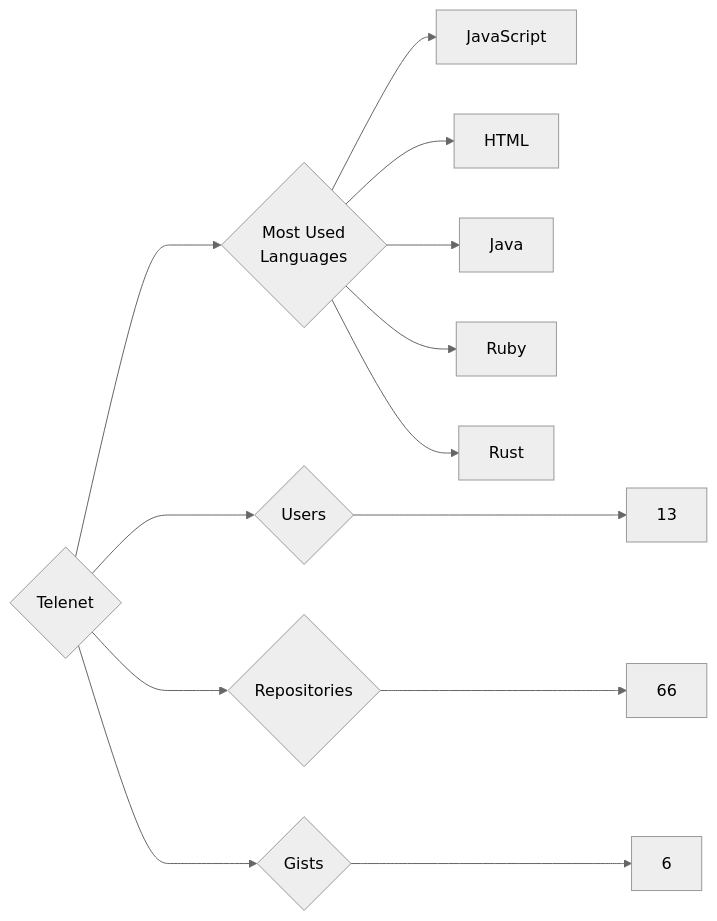
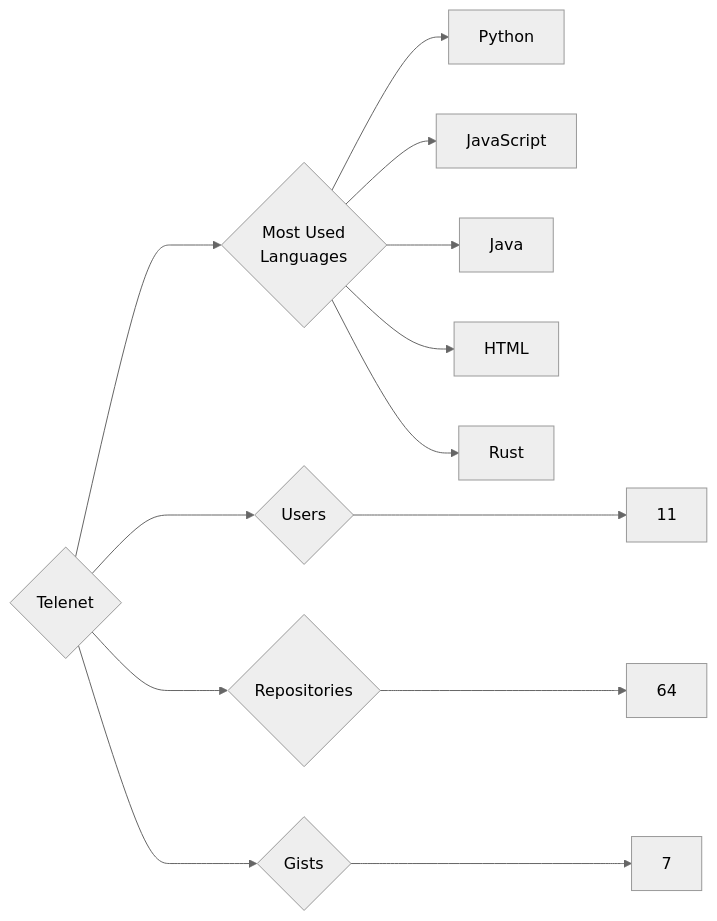
One commit to trickest/insiders changed the diagram in targets/Telenet/README.md. Above: the diagram before and after it, drawn with Mermaid (neutral theme). The commit also changed 939 other files, not shown here.

````diff
--- a/targets/Telenet/README.md
+++ b/targets/Telenet/README.md
@@ -3,13 +3,13 @@
 ```mermaid
 graph LR
 COMPANY_NAME{Telenet}
-COMPANY_NAME ---> U{Users} ---> UN[13]
-COMPANY_NAME ---> R{Repositories} ---> RN[66]
-COMPANY_NAME ---> G{Gists} ---> GN[6]
+COMPANY_NAME ---> U{Users} ---> UN[11]
+COMPANY_NAME ---> R{Repositories} ---> RN[64]
+COMPANY_NAME ---> G{Gists} ---> GN[7]
 COMPANY_NAME ---> ML{Most Used<br>Languages}
+ML --> Python[Python]
 ML --> JavaScript[JavaScript]
+ML --> Java[Java]
 ML --> HTML[HTML]
-ML --> Java[Java]
-ML --> Ruby[Ruby]
 ML --> Rust[Rust]
 ```
````
